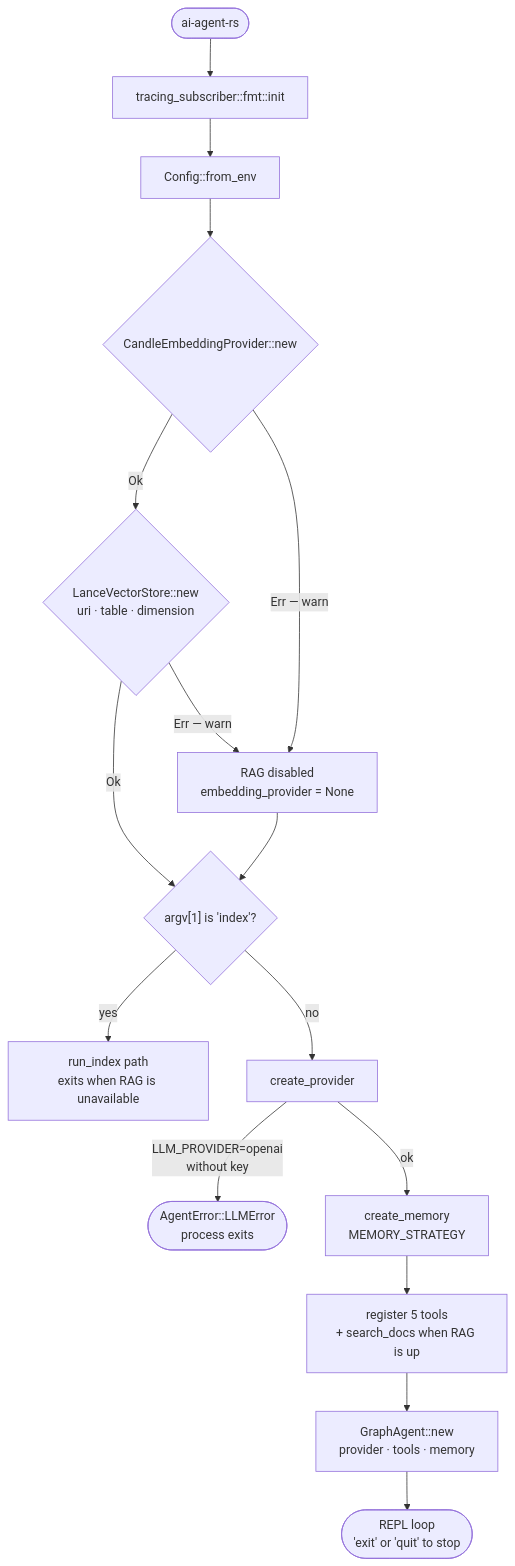
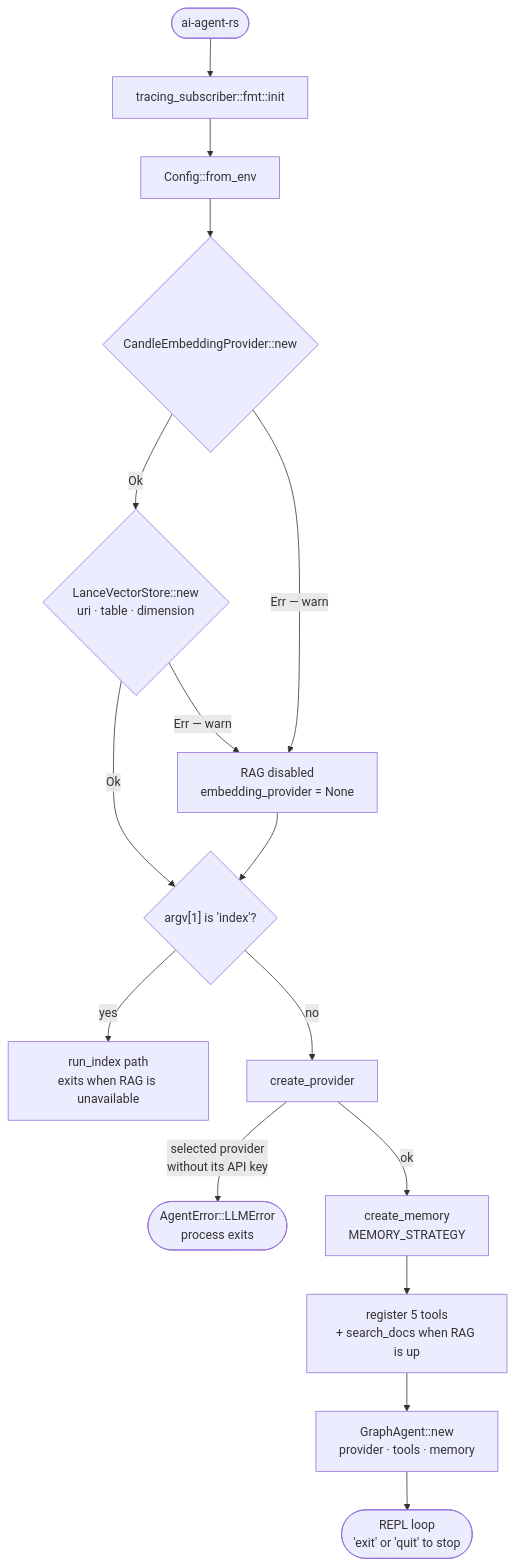
The third of 7 diagrams in docs/architecture.md (JacobRyu/ai-agent-rs), drawn with Mermaid before and after one commit. The commit also changed other lines of this file and 9 other files, not shown here.

First line of the commit message:
feat(llm): add Anthropic provider

````diff
--- a/docs/architecture.md
+++ b/docs/architecture.md
@@ -210,19 +214,19 @@
 ```mermaid
 flowchart TD
     Start(["ai-agent-rs"]) --> Init["tracing_subscriber::fmt::init"]
     Init --> FromEnv["Config::from_env"]
     FromEnv --> EmbTry{"CandleEmbeddingProvider::new"}
     EmbTry -->|"Ok"| StoreTry{"LanceVectorStore::new<br/>uri · table · dimension"}
     EmbTry -->|"Err — warn"| RagOff["RAG disabled<br/>embedding_provider = None"]
     StoreTry -->|"Ok"| Args{"argv[1] is 'index'?"}
     StoreTry -->|"Err — warn"| RagOff
     RagOff --> Args
 
     Args -->|"yes"| RunIndex["run_index path<br/>exits when RAG is unavailable"]
     Args -->|"no"| Prov["create_provider"]
-    Prov -->|"LLM_PROVIDER=openai<br/>without key"| Fail(["AgentError::LLMError<br/>process exits"])
+    Prov -->|"selected provider<br/>without its API key"| Fail(["AgentError::LLMError<br/>process exits"])
     Prov -->|ok| Mem["create_memory<br/>MEMORY_STRATEGY"]
     Mem --> Register["register 5 tools<br/>+ search_docs when RAG is up"]
     Register --> Build["GraphAgent::new<br/>provider · tools · memory"]
     Build --> Repl(["REPL loop<br/>'exit' or 'quit' to stop"])
 ```
````
